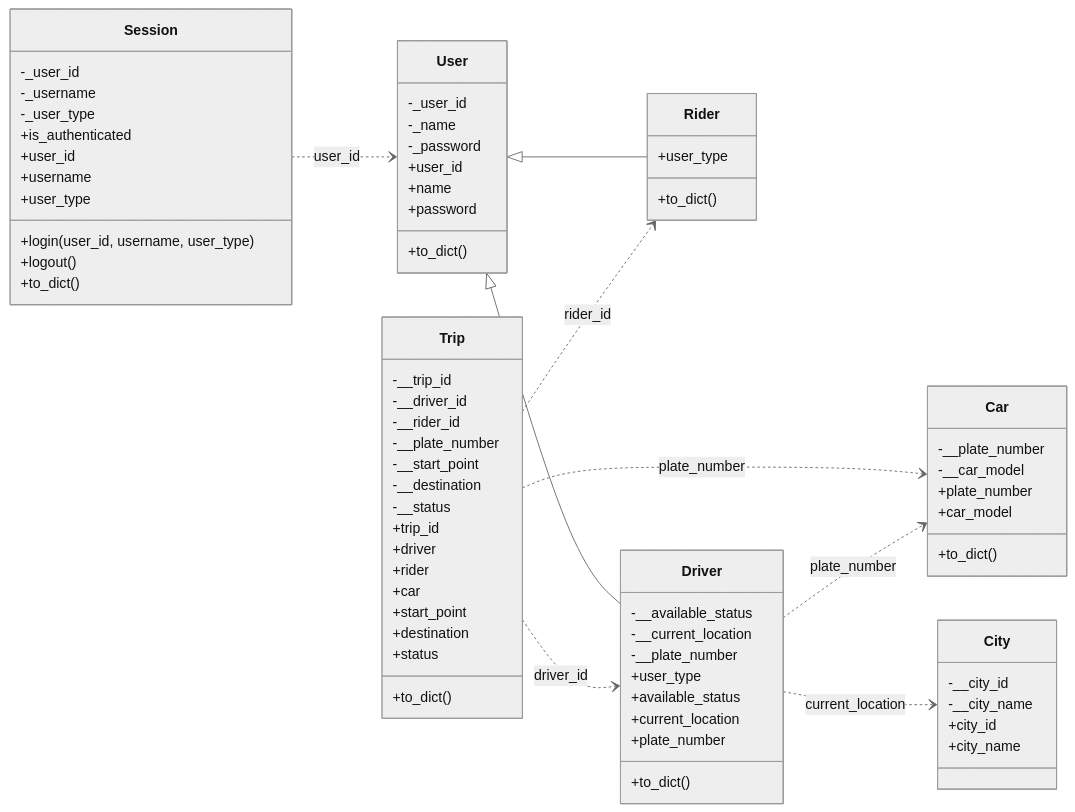
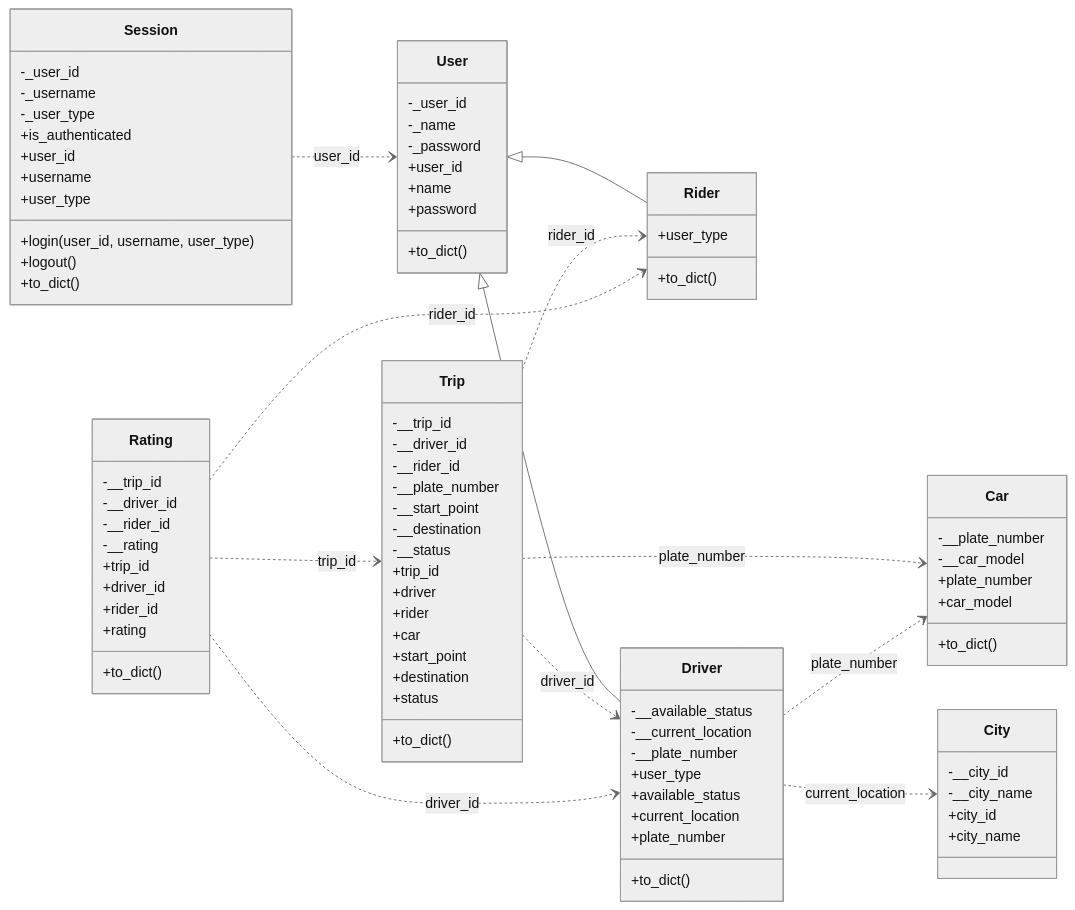
The third of 3 diagrams in README.md (ZenoOps/Ride-Booking-System), drawn with Mermaid (neutral theme) before and after one commit. The commit also changed other lines of this file and 11 other files, not shown here.

Commit message:
feat: driver rating system

```diff
--- a/README.md
+++ b/README.md
@@ -147,6 +150,18 @@
         +to_dict()
     }
 
+    class Rating {
+        -__trip_id
+        -__driver_id
+        -__rider_id
+        -__rating
+        +trip_id
+        +driver_id
+        +rider_id
+        +rating
+        +to_dict()
+    }
+
     class Session {
         -_user_id
         -_username
@@ -173,6 +188,9 @@
     Trip ..> Driver : driver_id
     Trip ..> Rider : rider_id
     Trip ..> Car : plate_number
+    Rating ..> Trip : trip_id
+    Rating ..> Driver : driver_id
+    Rating ..> Rider : rider_id
     Driver ..> Car : plate_number
     Driver ..> City : current_location
     Session ..> User : user_id
```
